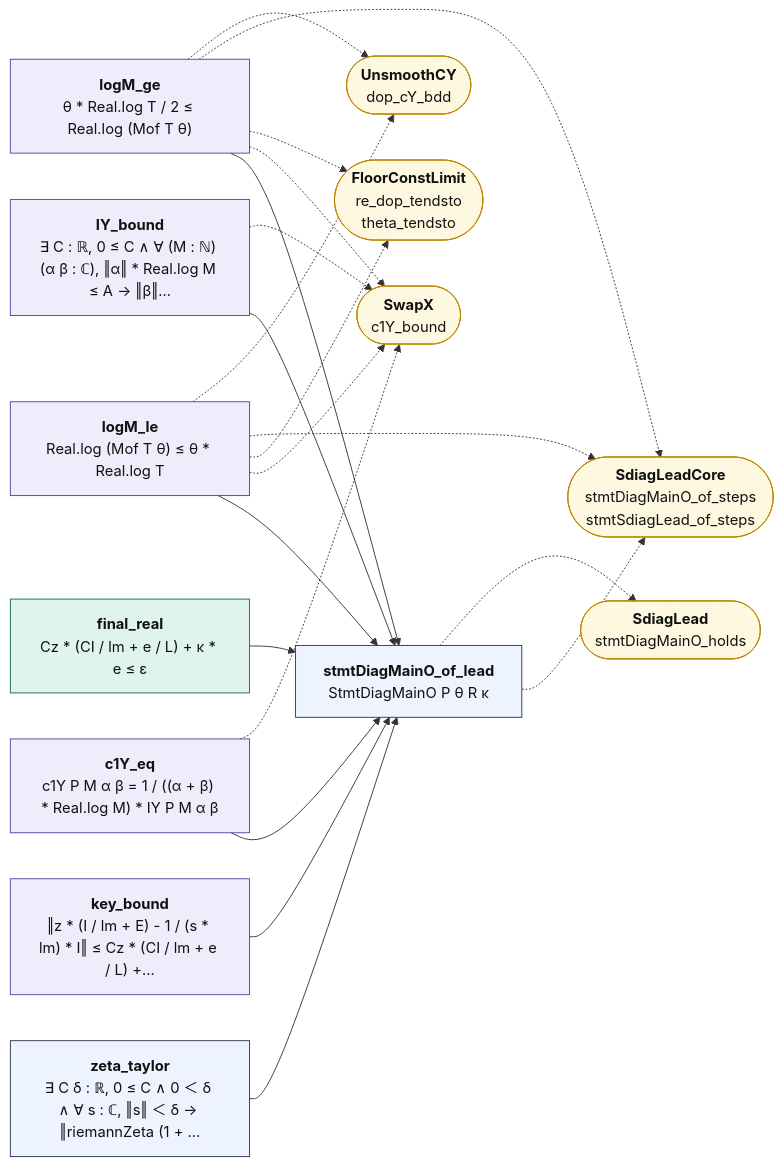
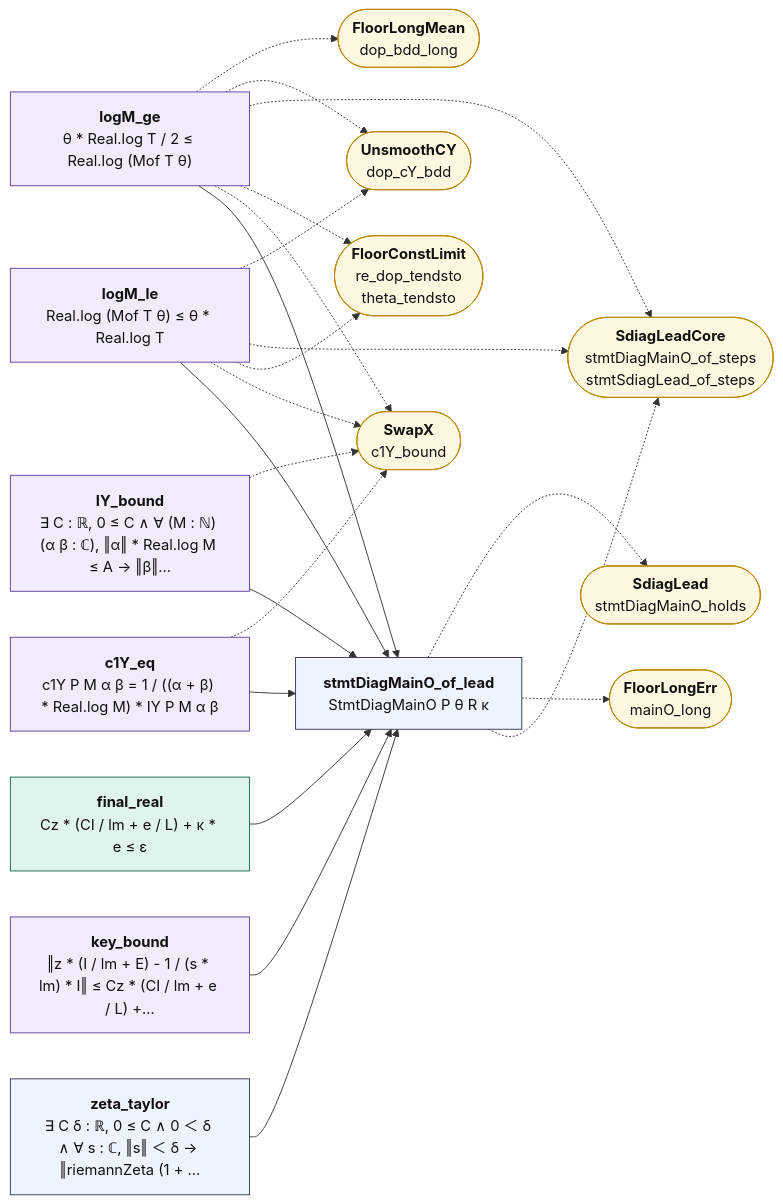
One commit to juliansambranojr/Primebeat_081426 changed the diagram in map/lean_stage3/DiagMain.md. Above: the diagram before and after it, drawn with Mermaid. The commit also changed other lines of this file and 64 other files, not shown here.

````diff
--- a/map/lean_stage3/DiagMain.md
+++ b/map/lean_stage3/DiagMain.md
@@ -14,43 +14,47 @@
 ```mermaid
 flowchart LR
   n0["<b>c1Y_eq</b><br/>c1Y P M α β = 1 / ((α + β) * Real.log M) * IY P M α β"]:::shp
   n1["<b>IY_bound</b><br/>∃ C : ℝ, 0 ≤ C ∧ ∀ (M : ℕ) (α β : ℂ), ‖α‖ * Real.log M ≤ A → ‖β‖…"]:::shp
   n2["<b>zeta_taylor</b><br/>∃ C δ : ℝ, 0 ≤ C ∧ 0 ＜ δ ∧ ∀ s : ℂ, ‖s‖ ＜ δ → ‖riemannZeta (1 + …"]:::thm
   n3["<b>logM_le</b><br/>Real.log (Mof T θ) ≤ θ * Real.log T"]:::shp
   n4["<b>logM_ge</b><br/>θ * Real.log T / 2 ≤ Real.log (Mof T θ)"]:::shp
   n5["<b>key_bound</b><br/>‖z * (I / lm + E) - 1 / (s * lm) * I‖ ≤ Cz * (CI / lm + e / L) +…"]:::shp
   n6["<b>final_real</b><br/>Cz * (CI / lm + e / L) + κ * e ≤ ε"]:::cnt
   n7["<b>stmtDiagMainO_of_lead</b><br/>StmtDiagMainO P θ R κ"]:::thm
   x0(["<b>SwapX</b><br/>c1Y_bound"]):::ext
   x1(["<b>FloorConstLimit</b><br/>re_dop_tendsto<br/>theta_tendsto"]):::ext
   x2(["<b>SdiagLeadCore</b><br/>stmtDiagMainO_of_steps<br/>stmtSdiagLead_of_steps"]):::ext
   x3(["<b>UnsmoothCY</b><br/>dop_cY_bdd"]):::ext
-  x4(["<b>SdiagLead</b><br/>stmtDiagMainO_holds"]):::ext
+  x4(["<b>FloorLongMean</b><br/>dop_bdd_long"]):::ext
+  x5(["<b>FloorLongErr</b><br/>mainO_long"]):::ext
+  x6(["<b>SdiagLead</b><br/>stmtDiagMainO_holds"]):::ext
   n0 --> n7
   n1 --> n7
   n2 --> n7
   n3 --> n7
   n4 --> n7
   n5 --> n7
   n6 --> n7
   n0 -.-> x0
   n1 -.-> x0
   n3 -.-> x0
   n3 -.-> x1
   n3 -.-> x2
   n3 -.-> x3
   n4 -.-> x0
   n4 -.-> x1
   n4 -.-> x2
   n4 -.-> x3
+  n4 -.-> x4
   n7 -.-> x2
-  n7 -.-> x4
+  n7 -.-> x5
+  n7 -.-> x6
   classDef cnt fill:#dff5ec,stroke:#17694a,color:#111
   classDef shp fill:#f1ecfb,stroke:#5b3fa0,color:#111
   classDef rh fill:#ffe5e5,stroke:#c22,color:#111,stroke-width:2px
   classDef thm fill:#eef4ff,stroke:#335,color:#111
   classDef end_ fill:#e7f7e7,stroke:#2a7,color:#111,stroke-width:2px
   classDef lone fill:#fff,stroke:#999,color:#111,stroke-dasharray:4 3
   classDef bad fill:#ffe5e5,stroke:#c22,color:#111,stroke-width:2px
   classDef ext fill:#fff8e1,stroke:#b80,color:#111
 ```
````
